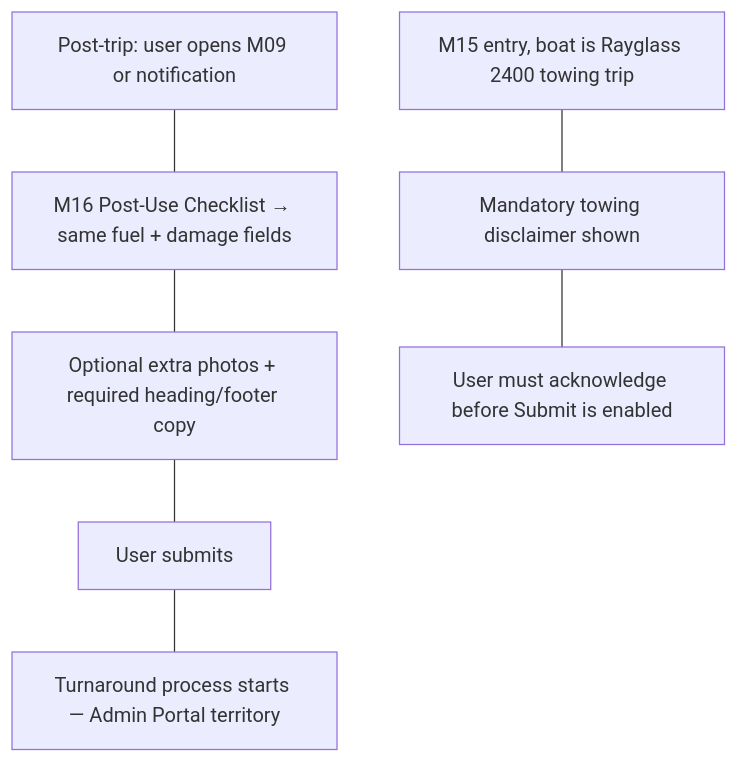
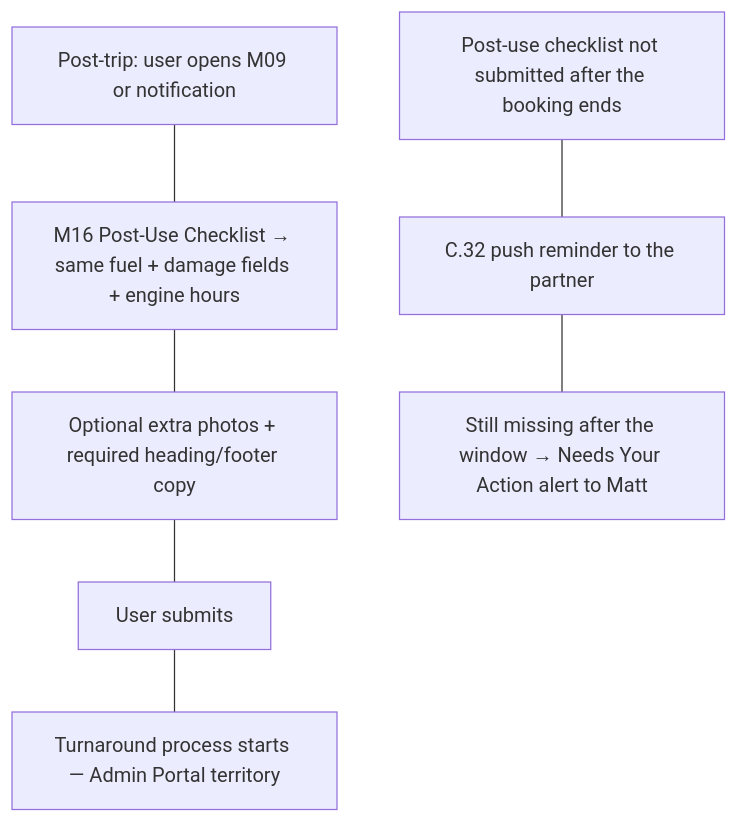
The third of 6 diagrams in design/05-user-flows.md (huongnguyen311/Offshore-Collective), drawn with Mermaid before and after one commit. The commit also changed other lines of this file and 25 other files, not shown here.

````diff
--- a/design/05-user-flows.md
+++ b/design/05-user-flows.md
@@ -157,12 +160,12 @@
 ```mermaid
 flowchart TD
     A2[Post-trip: user opens M09 or notification]
-    A2 --- B2[M16 Post-Use Checklist → same fuel + damage fields]
+    A2 --- B2[M16 Post-Use Checklist → same fuel + damage fields + engine hours]
     B2 --- C2[Optional extra photos + required heading/footer copy]
     C2 --- D2[User submits]
     D2 --- E2[Turnaround process starts — Admin Portal territory]
 
-    F2[M15 entry, boat is Rayglass 2400 towing trip]
-    F2 --- G2[Mandatory towing disclaimer shown]
-    G2 --- H2[User must acknowledge before Submit is enabled]
+    F2[Post-use checklist not submitted after the booking ends]
+    F2 --- G2[C.32 push reminder to the partner]
+    G2 --- H2[Still missing after the window → Needs Your Action alert to Matt]
 ```
````
